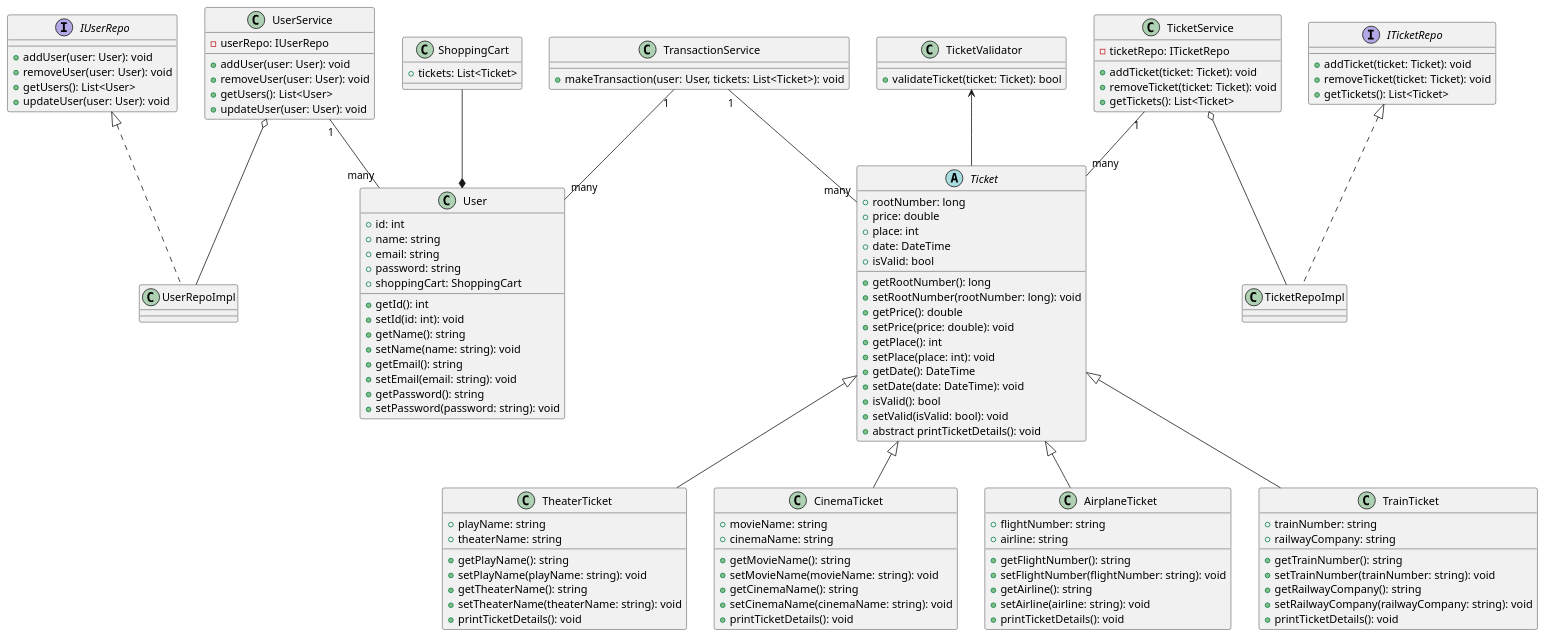
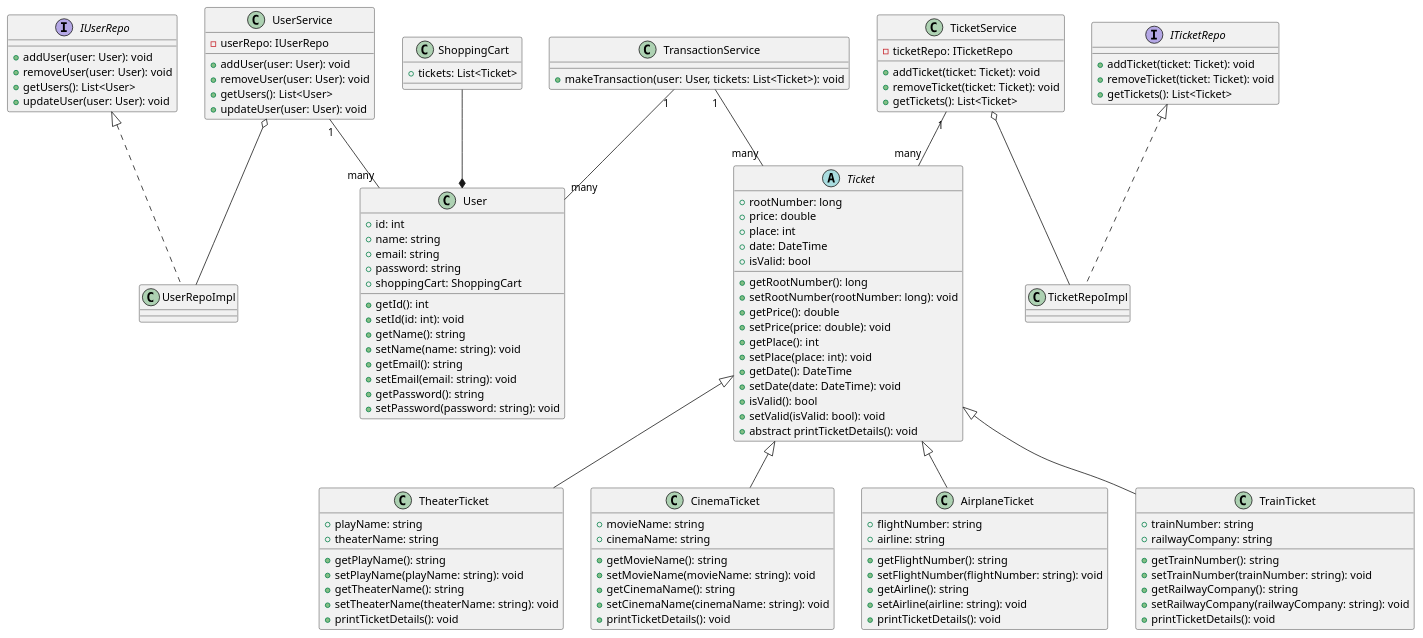
The diagram in lesson04/TiketService.puml (clover-soft/soft-architecture), drawn with PlantUML before and after one commit. The commit also changed 2 other files, not shown here.

```diff
--- a/lesson04/TiketService.puml
+++ b/lesson04/TiketService.puml
@@ -1,141 +1,136 @@
 @startuml TicketService
 
 interface IUserRepo {
     + addUser(user: User): void
     + removeUser(user: User): void
     + getUsers(): List<User>
     + updateUser(user: User): void
 }
 
 class UserRepoImpl implements IUserRepo {
 
 }
 
 interface ITicketRepo {
     + addTicket(ticket: Ticket): void
     + removeTicket(ticket: Ticket): void
     + getTickets(): List<Ticket>
 }
 
 class TicketRepoImpl implements ITicketRepo {
 
 }
 
 class UserService {
     - userRepo: IUserRepo
     + addUser(user: User): void
     + removeUser(user: User): void
     + getUsers(): List<User>
     + updateUser(user: User): void
 }
 
 class TicketService {
     - ticketRepo: ITicketRepo
     + addTicket(ticket: Ticket): void
     + removeTicket(ticket: Ticket): void
     + getTickets(): List<Ticket>
 }
 
 abstract class Ticket {
     + rootNumber: long
     + price: double
     + place: int
     + date: DateTime
     + isValid: bool
     + getRootNumber(): long
     + setRootNumber(rootNumber: long): void
     + getPrice(): double
     + setPrice(price: double): void
     + getPlace(): int
     + setPlace(place: int): void
     + getDate(): DateTime
     + setDate(date: DateTime): void
     + isValid(): bool
     + setValid(isValid: bool): void
     + abstract printTicketDetails(): void
 }
 
 class TheaterTicket {
     + playName: string
     + theaterName: string
     + getPlayName(): string
     + setPlayName(playName: string): void
     + getTheaterName(): string
     + setTheaterName(theaterName: string): void
     + printTicketDetails(): void
 }
 
 class CinemaTicket {
     + movieName: string
     + cinemaName: string
     + getMovieName(): string
     + setMovieName(movieName: string): void
     + getCinemaName(): string
     + setCinemaName(cinemaName: string): void
     + printTicketDetails(): void
 }
 
 class AirplaneTicket {
     + flightNumber: string
     + airline: string
     + getFlightNumber(): string
     + setFlightNumber(flightNumber: string): void
     + getAirline(): string
     + setAirline(airline: string): void
     + printTicketDetails(): void
 }
 
 class TrainTicket {
     + trainNumber: string
     + railwayCompany: string
     + getTrainNumber(): string
     + setTrainNumber(trainNumber: string): void
     + getRailwayCompany(): string
     + setRailwayCompany(railwayCompany: string): void
     + printTicketDetails(): void
 }
 
 class TransactionService {
     + makeTransaction(user: User, tickets: List<Ticket>): void
 }
 
-class TicketValidator {
-    + validateTicket(ticket: Ticket): bool
-}
-
 class User {
     + id: int
     + name: string
     + email: string
     + password: string
     + shoppingCart: ShoppingCart
     + getId(): int
     + setId(id: int): void
     + getName(): string
     + setName(name: string): void
     + getEmail(): string
     + setEmail(email: string): void
     + getPassword(): string
     + setPassword(password: string): void
 }
 
 class ShoppingCart {
     + tickets: List<Ticket>
 }
 
 UserService "1" -- "many" User
 TicketService "1" -- "many" Ticket
-TicketValidator <-- Ticket
 TransactionService "1" -- "many" Ticket
 TransactionService "1" -- "many" User
 ShoppingCart --* User
 TicketService o-- TicketRepoImpl
 UserService o--  UserRepoImpl
 
 
 Ticket <|-- TheaterTicket
 Ticket <|-- CinemaTicket
 Ticket <|-- AirplaneTicket
 Ticket <|-- TrainTicket
 
 @enduml
```
